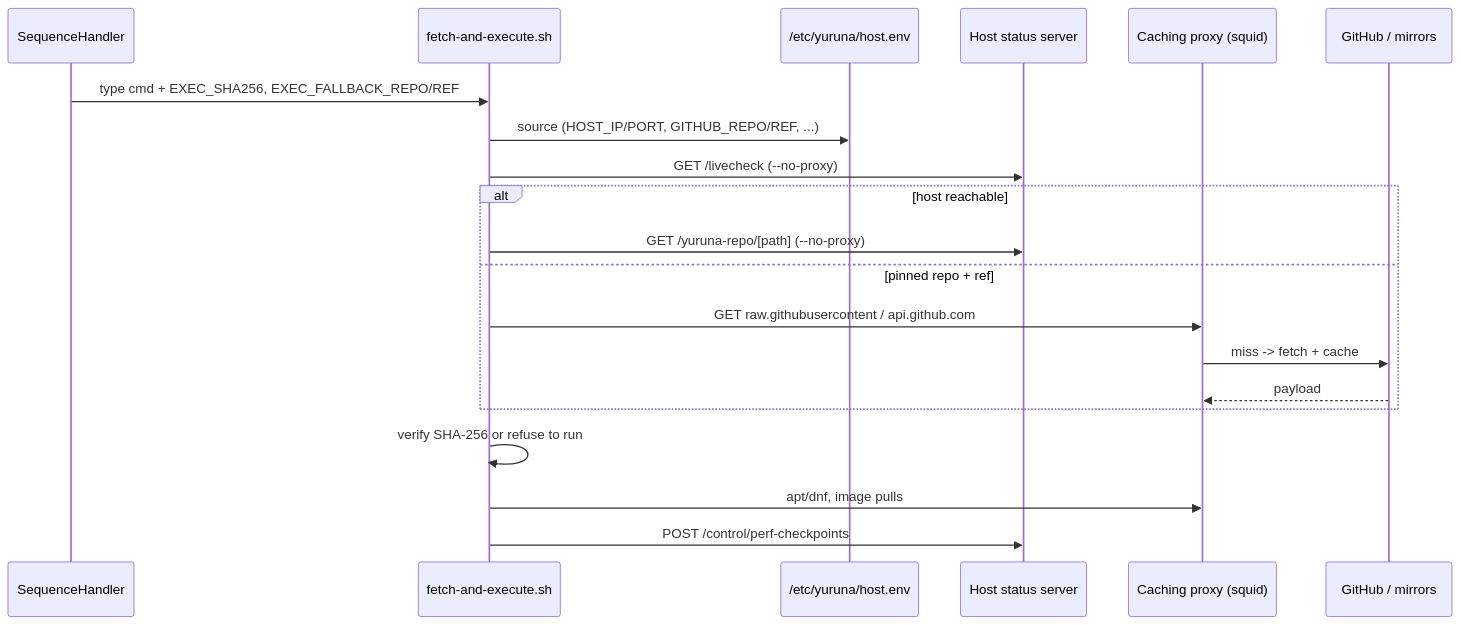
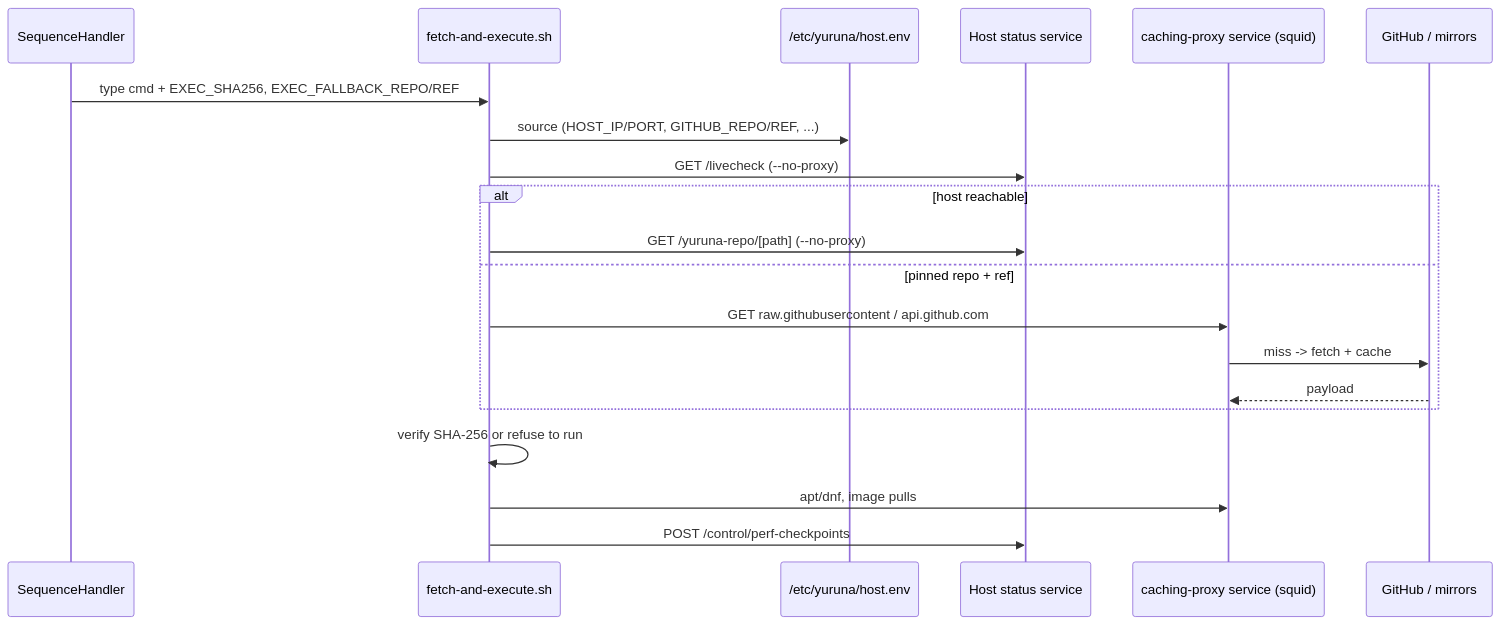
Before and after one commit to alissonsol/yuruna: the third of 4 diagrams in docs/design/03-data-flows.md, drawn with Mermaid. The commit also changed other lines of this file and 737 other files, not shown here.

````diff
--- a/docs/design/03-data-flows.md
+++ b/docs/design/03-data-flows.md
@@ -104,23 +104,23 @@
 ```mermaid
 sequenceDiagram
     participant Harness as SequenceHandler
     participant Guest as fetch-and-execute.sh
     participant HostEnv as /etc/yuruna/host.env
-    participant StatusSrv as Host status server
-    participant Proxy as Caching proxy (squid)
+    participant StatusSrv as Host status service
+    participant Proxy as caching-proxy service (squid)
     participant Upstream as GitHub / mirrors
 
     Harness->>Guest: type cmd + EXEC_SHA256, EXEC_FALLBACK_REPO/REF
     Guest->>HostEnv: source (HOST_IP/PORT, GITHUB_REPO/REF, ...)
     Guest->>StatusSrv: GET /livecheck (--no-proxy)
     alt host reachable
         Guest->>StatusSrv: GET /yuruna-repo/[path] (--no-proxy)
     else pinned repo + ref
         Guest->>Proxy: GET raw.githubusercontent / api.github.com
         Proxy->>Upstream: miss -> fetch + cache
         Upstream-->>Proxy: payload
     end
     Guest->>Guest: verify SHA-256 or refuse to run
     Guest->>Proxy: apt/dnf, image pulls
     Guest->>StatusSrv: POST /control/perf-checkpoints
 ```
````
